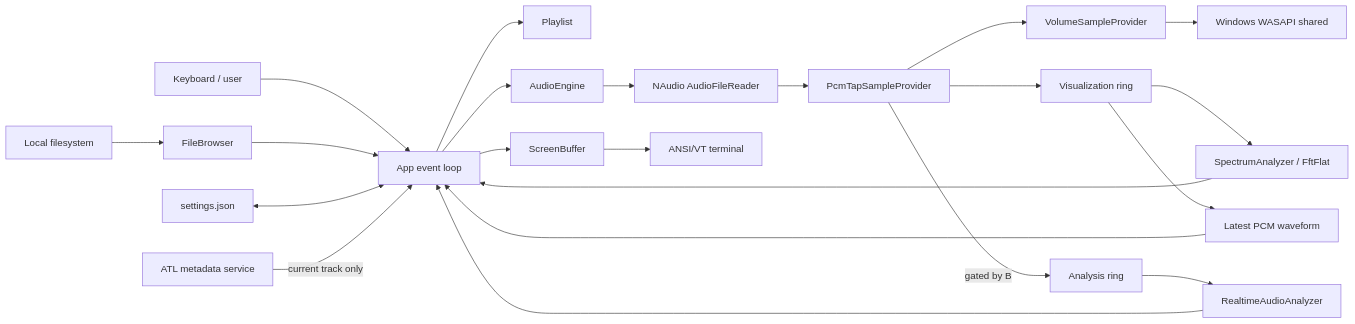
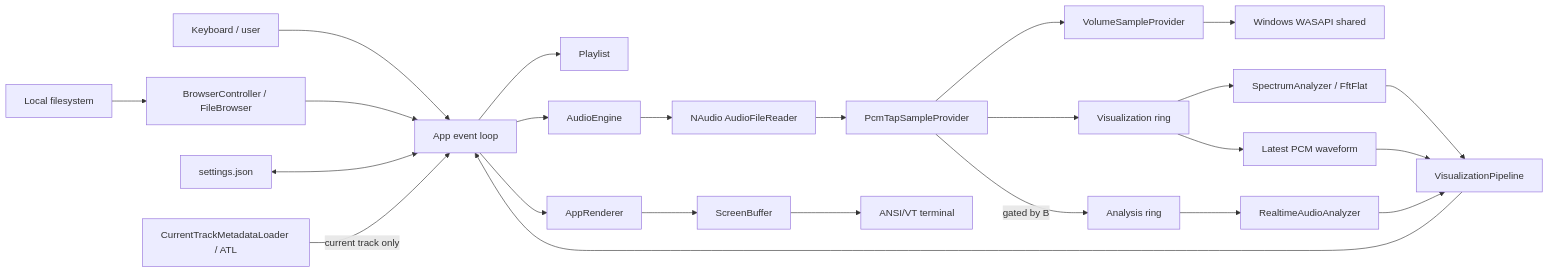
The first of 3 diagrams in docs/ARCHITECTURE.md (Geckon01/YACPlayer), drawn with Mermaid before and after one commit. The commit also changed other lines of this file and 13 other files, not shown here.

````diff
--- a/docs/ARCHITECTURE.md
+++ b/docs/ARCHITECTURE.md
@@ -23,24 +23,26 @@
 ```mermaid
 flowchart LR
     User["Keyboard / user"] --> App["App event loop"]
-    FS["Local filesystem"] --> Browser["FileBrowser"]
+    FS["Local filesystem"] --> Browser["BrowserController / FileBrowser"]
     Browser --> App
     App --> Playlist["Playlist"]
     App --> Audio["AudioEngine"]
     Audio --> Reader["NAudio AudioFileReader"]
     Reader --> Tap["PcmTapSampleProvider"]
     Tap --> Volume["VolumeSampleProvider"]
     Volume --> WASAPI["Windows WASAPI shared"]
     Tap --> Ring["Visualization ring"]
     Ring --> FFT["SpectrumAnalyzer / FftFlat"]
     Ring --> Wave["Latest PCM waveform"]
     Tap -->|"gated by B"| AnalysisRing["Analysis ring"]
     AnalysisRing --> Realtime["RealtimeAudioAnalyzer"]
-    FFT --> App
-    Wave --> App
-    Realtime --> App
-    App --> Screen["ScreenBuffer"]
+    FFT --> Visuals["VisualizationPipeline"]
+    Wave --> Visuals
+    Realtime --> Visuals
+    Visuals --> App
+    App --> Renderer["AppRenderer"]
+    Renderer --> Screen["ScreenBuffer"]
     Screen --> Terminal["ANSI/VT terminal"]
     Settings["settings.json"] <--> App
-    ATL["ATL metadata service"] -->|"current track only"| App
+    ATL["CurrentTrackMetadataLoader / ATL"] -->|"current track only"| App
 ```
````
